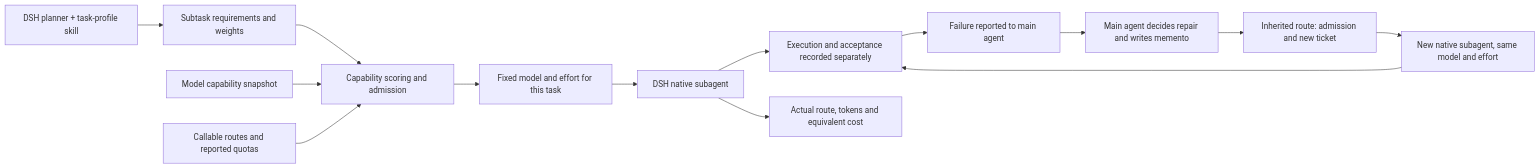
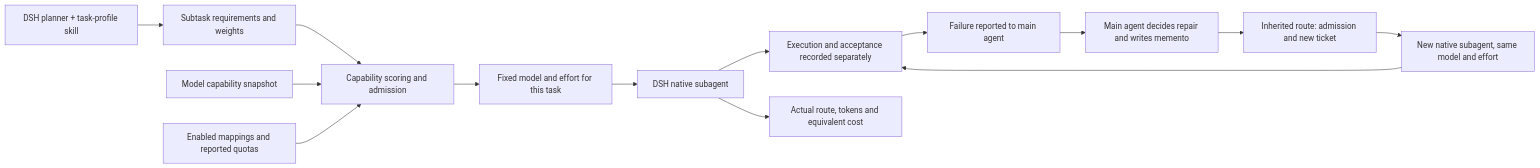
The diagram in docs/PROJECT-OVERVIEW.md (AshenJyy/GeneralRouter), drawn with Mermaid before and after one commit. The commit also changed other lines of this file and 13 other files, not shown here.

````diff
--- a/docs/PROJECT-OVERVIEW.md
+++ b/docs/PROJECT-OVERVIEW.md
@@ -17,16 +17,16 @@
 ```mermaid
 flowchart LR
     P[DSH planner + task-profile skill] --> T[Subtask requirements and weights]
     T --> R[Capability scoring and admission]
     C[Model capability snapshot] --> R
-    Q[Callable routes and reported quotas] --> R
+    Q[Enabled mappings and reported quotas] --> R
     R --> D[Fixed model and effort for this task]
     D --> W[DSH native subagent]
     W --> E[Execution and acceptance recorded separately]
     W --> U[Actual route, tokens and equivalent cost]
     E --> F[Failure reported to main agent]
     F --> M[Main agent decides repair and writes memento]
     M --> H[Inherited route: admission and new ticket]
     H --> N[New native subagent, same model and effort]
     N --> E
 ```
````
